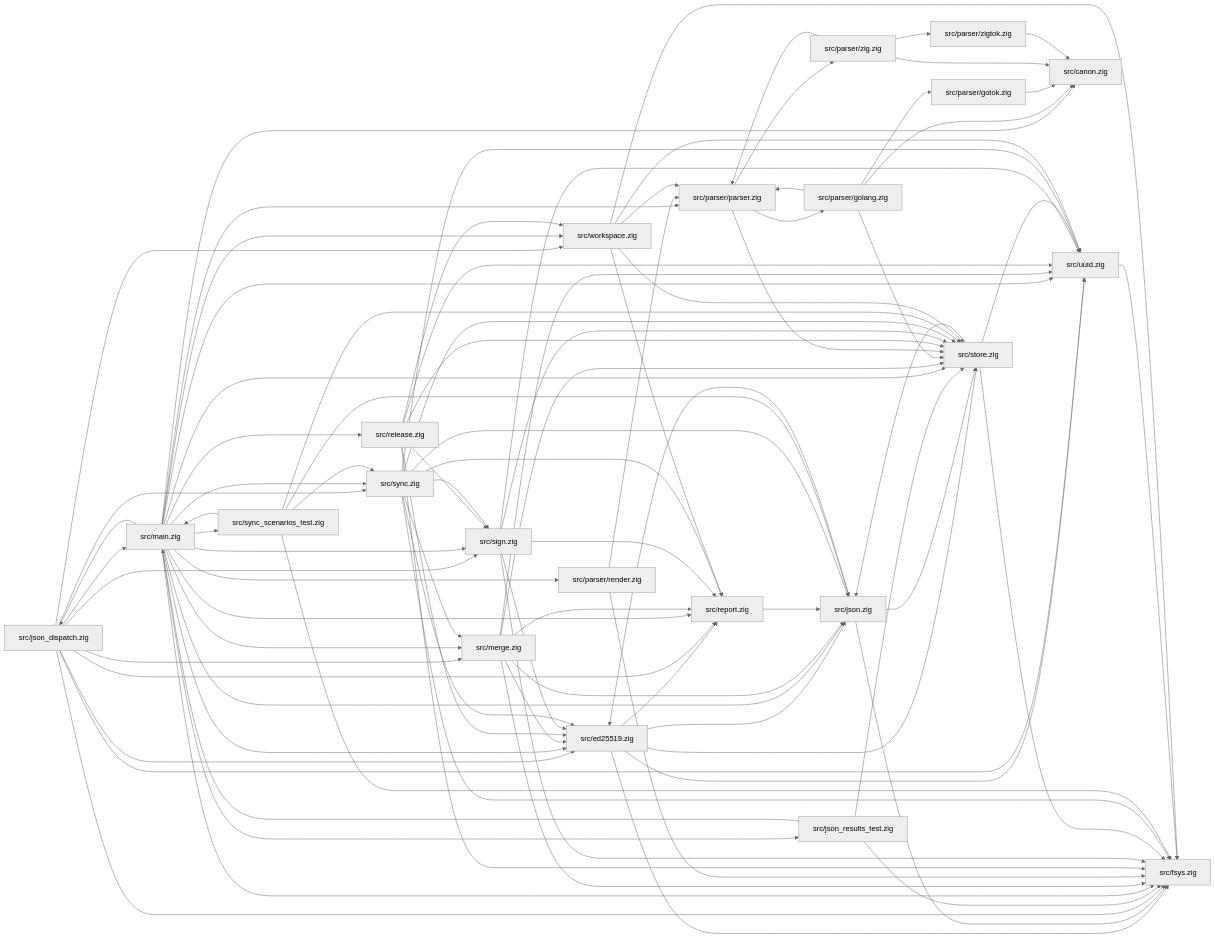
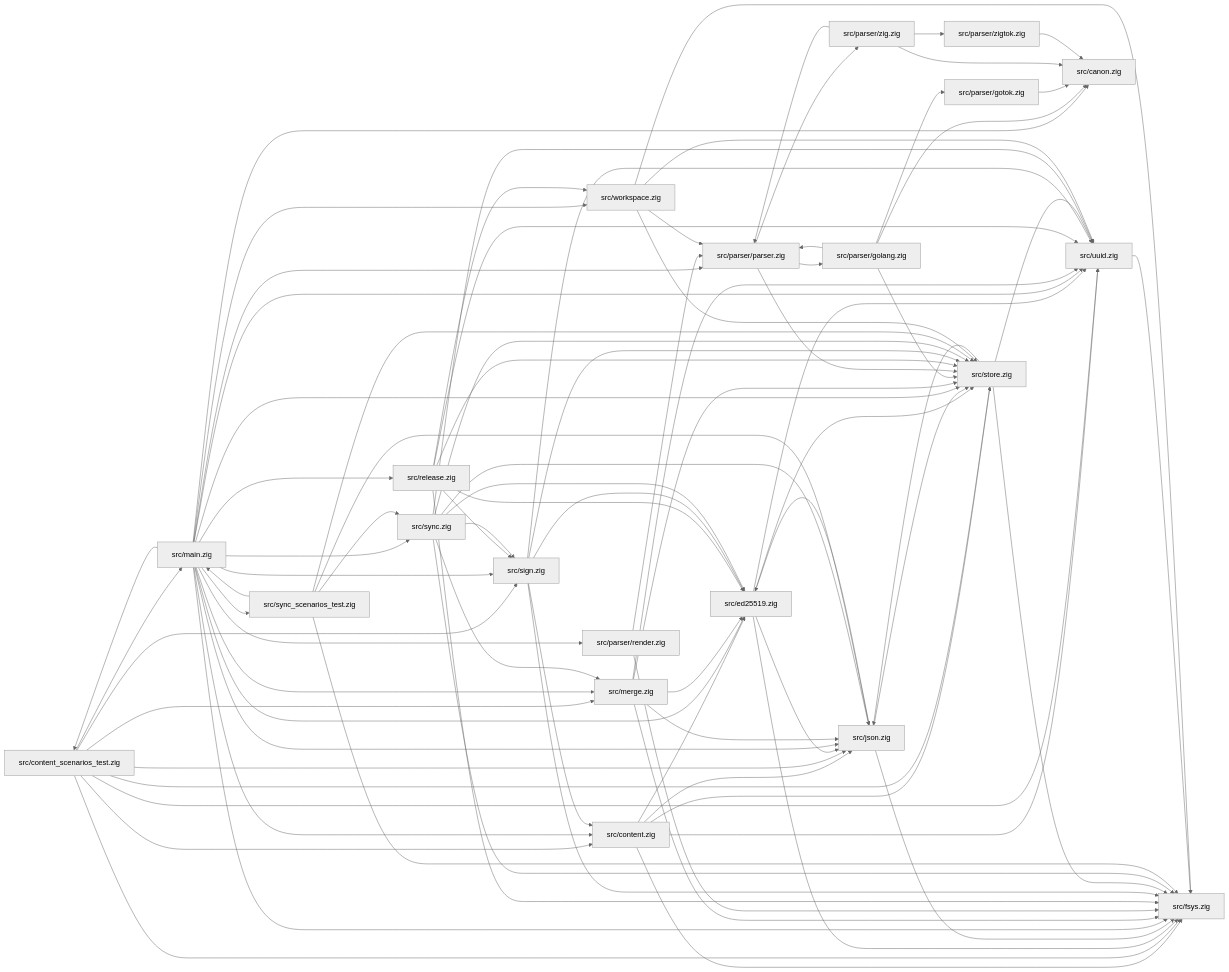
The diagram in docs/module-map.md (drawmeanelephant/flint-client), drawn with Mermaid (neutral theme) before and after one commit. The commit also changed 7 other files, not shown here.

````diff
--- a/docs/module-map.md
+++ b/docs/module-map.md
@@ -7,36 +7,35 @@
 ```mermaid
 flowchart LR
+  src_content_zig["src/content.zig"] --> src_ed25519_zig["src/ed25519.zig"]
+  src_content_zig["src/content.zig"] --> src_fsys_zig["src/fsys.zig"]
+  src_content_zig["src/content.zig"] --> src_json_zig["src/json.zig"]
+  src_content_zig["src/content.zig"] --> src_store_zig["src/store.zig"]
+  src_content_zig["src/content.zig"] --> src_uuid_zig["src/uuid.zig"]
+  src_content_scenarios_test_zig["src/content_scenarios_test.zig"] --> src_content_zig["src/content.zig"]
+  src_content_scenarios_test_zig["src/content_scenarios_test.zig"] --> src_fsys_zig["src/fsys.zig"]
+  src_content_scenarios_test_zig["src/content_scenarios_test.zig"] --> src_json_zig["src/json.zig"]
+  src_content_scenarios_test_zig["src/content_scenarios_test.zig"] --> src_main_zig["src/main.zig"]
+  src_content_scenarios_test_zig["src/content_scenarios_test.zig"] --> src_merge_zig["src/merge.zig"]
+  src_content_scenarios_test_zig["src/content_scenarios_test.zig"] --> src_sign_zig["src/sign.zig"]
+  src_content_scenarios_test_zig["src/content_scenarios_test.zig"] --> src_store_zig["src/store.zig"]
+  src_content_scenarios_test_zig["src/content_scenarios_test.zig"] --> src_uuid_zig["src/uuid.zig"]
   src_ed25519_zig["src/ed25519.zig"] --> src_fsys_zig["src/fsys.zig"]
   src_ed25519_zig["src/ed25519.zig"] --> src_json_zig["src/json.zig"]
-  src_ed25519_zig["src/ed25519.zig"] --> src_report_zig["src/report.zig"]
   src_ed25519_zig["src/ed25519.zig"] --> src_store_zig["src/store.zig"]
   src_ed25519_zig["src/ed25519.zig"] --> src_uuid_zig["src/uuid.zig"]
   src_json_zig["src/json.zig"] --> src_ed25519_zig["src/ed25519.zig"]
   src_json_zig["src/json.zig"] --> src_fsys_zig["src/fsys.zig"]
   src_json_zig["src/json.zig"] --> src_store_zig["src/store.zig"]
-  src_json_dispatch_zig["src/json_dispatch.zig"] --> src_ed25519_zig["src/ed25519.zig"]
-  src_json_dispatch_zig["src/json_dispatch.zig"] --> src_fsys_zig["src/fsys.zig"]
-  src_json_dispatch_zig["src/json_dispatch.zig"] --> src_main_zig["src/main.zig"]
-  src_json_dispatch_zig["src/json_dispatch.zig"] --> src_merge_zig["src/merge.zig"]
-  src_json_dispatch_zig["src/json_dispatch.zig"] --> src_report_zig["src/report.zig"]
-  src_json_dispatch_zig["src/json_dispatch.zig"] --> src_sign_zig["src/sign.zig"]
-  src_json_dispatch_zig["src/json_dispatch.zig"] --> src_sync_zig["src/sync.zig"]
-  src_json_dispatch_zig["src/json_dispatch.zig"] --> src_uuid_zig["src/uuid.zig"]
-  src_json_dispatch_zig["src/json_dispatch.zig"] --> src_workspace_zig["src/workspace.zig"]
-  src_json_results_test_zig["src/json_results_test.zig"] --> src_fsys_zig["src/fsys.zig"]
-  src_json_results_test_zig["src/json_results_test.zig"] --> src_main_zig["src/main.zig"]
-  src_json_results_test_zig["src/json_results_test.zig"] --> src_store_zig["src/store.zig"]
   src_main_zig["src/main.zig"] --> src_canon_zig["src/canon.zig"]
+  src_main_zig["src/main.zig"] --> src_content_zig["src/content.zig"]
+  src_main_zig["src/main.zig"] --> src_content_scenarios_test_zig["src/content_scenarios_test.zig"]
   src_main_zig["src/main.zig"] --> src_ed25519_zig["src/ed25519.zig"]
   src_main_zig["src/main.zig"] --> src_fsys_zig["src/fsys.zig"]
   src_main_zig["src/main.zig"] --> src_json_zig["src/json.zig"]
-  src_main_zig["src/main.zig"] --> src_json_dispatch_zig["src/json_dispatch.zig"]
-  src_main_zig["src/main.zig"] --> src_json_results_test_zig["src/json_results_test.zig"]
   src_main_zig["src/main.zig"] --> src_merge_zig["src/merge.zig"]
   src_main_zig["src/main.zig"] --> src_parser_parser_zig["src/parser/parser.zig"]
   src_main_zig["src/main.zig"] --> src_parser_render_zig["src/parser/render.zig"]
   src_main_zig["src/main.zig"] --> src_release_zig["src/release.zig"]
-  src_main_zig["src/main.zig"] --> src_report_zig["src/report.zig"]
   src_main_zig["src/main.zig"] --> src_sign_zig["src/sign.zig"]
   src_main_zig["src/main.zig"] --> src_store_zig["src/store.zig"]
   src_main_zig["src/main.zig"] --> src_sync_zig["src/sync.zig"]
@@ -46,7 +45,6 @@
   src_merge_zig["src/merge.zig"] --> src_ed25519_zig["src/ed25519.zig"]
   src_merge_zig["src/merge.zig"] --> src_fsys_zig["src/fsys.zig"]
   src_merge_zig["src/merge.zig"] --> src_json_zig["src/json.zig"]
-  src_merge_zig["src/merge.zig"] --> src_report_zig["src/report.zig"]
   src_merge_zig["src/merge.zig"] --> src_store_zig["src/store.zig"]
   src_merge_zig["src/merge.zig"] --> src_uuid_zig["src/uuid.zig"]
   src_parser_golang_zig["src/parser/golang.zig"] --> src_canon_zig["src/canon.zig"]
@@ -69,10 +67,9 @@
   src_release_zig["src/release.zig"] --> src_store_zig["src/store.zig"]
   src_release_zig["src/release.zig"] --> src_uuid_zig["src/uuid.zig"]
   src_release_zig["src/release.zig"] --> src_workspace_zig["src/workspace.zig"]
-  src_report_zig["src/report.zig"] --> src_json_zig["src/json.zig"]
+  src_sign_zig["src/sign.zig"] --> src_content_zig["src/content.zig"]
   src_sign_zig["src/sign.zig"] --> src_ed25519_zig["src/ed25519.zig"]
   src_sign_zig["src/sign.zig"] --> src_fsys_zig["src/fsys.zig"]
-  src_sign_zig["src/sign.zig"] --> src_report_zig["src/report.zig"]
   src_sign_zig["src/sign.zig"] --> src_store_zig["src/store.zig"]
   src_sign_zig["src/sign.zig"] --> src_uuid_zig["src/uuid.zig"]
   src_store_zig["src/store.zig"] --> src_fsys_zig["src/fsys.zig"]
@@ -82,7 +79,6 @@
   src_sync_zig["src/sync.zig"] --> src_fsys_zig["src/fsys.zig"]
   src_sync_zig["src/sync.zig"] --> src_json_zig["src/json.zig"]
   src_sync_zig["src/sync.zig"] --> src_merge_zig["src/merge.zig"]
-  src_sync_zig["src/sync.zig"] --> src_report_zig["src/report.zig"]
   src_sync_zig["src/sync.zig"] --> src_sign_zig["src/sign.zig"]
   src_sync_zig["src/sync.zig"] --> src_store_zig["src/store.zig"]
   src_sync_zig["src/sync.zig"] --> src_uuid_zig["src/uuid.zig"]
@@ -94,7 +90,6 @@
   src_uuid_zig["src/uuid.zig"] --> src_fsys_zig["src/fsys.zig"]
   src_workspace_zig["src/workspace.zig"] --> src_fsys_zig["src/fsys.zig"]
   src_workspace_zig["src/workspace.zig"] --> src_parser_parser_zig["src/parser/parser.zig"]
-  src_workspace_zig["src/workspace.zig"] --> src_report_zig["src/report.zig"]
   src_workspace_zig["src/workspace.zig"] --> src_store_zig["src/store.zig"]
   src_workspace_zig["src/workspace.zig"] --> src_uuid_zig["src/uuid.zig"]
 ```
````
